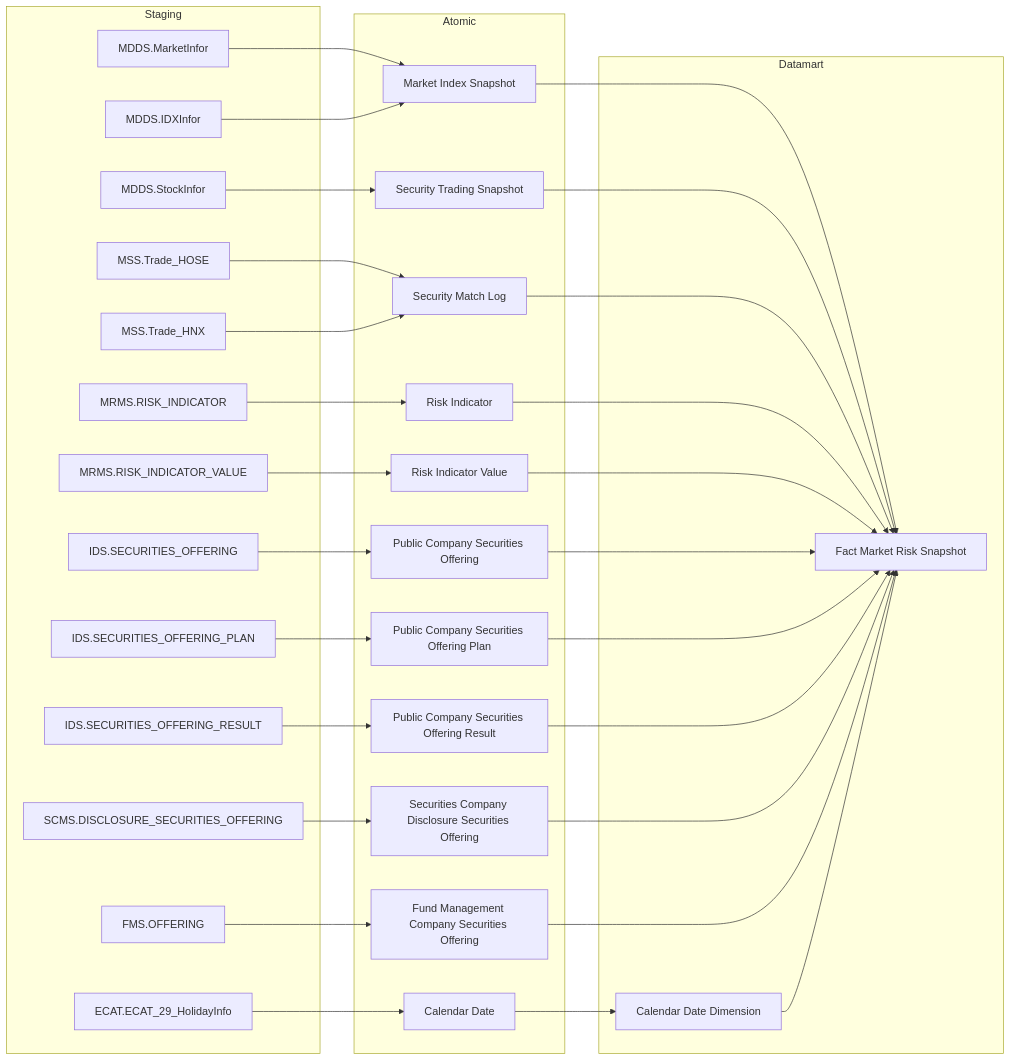
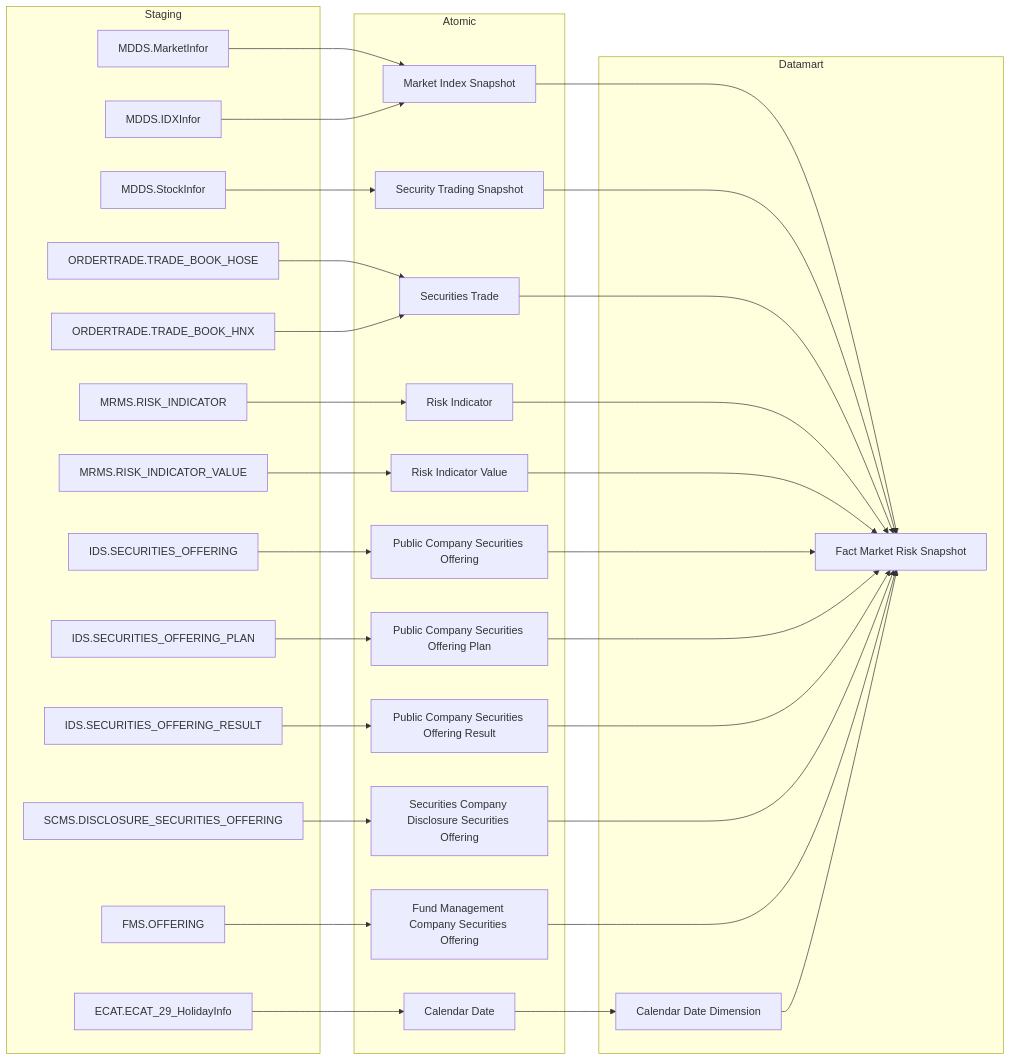
The first of 53 diagrams in Datamart/hld/DTM_PTTT_HLD.md (linhlvit/ubck_atomic_design), drawn with Mermaid before and after one commit. The commit also changed other lines of this file and 21 other files, not shown here.

````diff
--- a/Datamart/hld/DTM_PTTT_HLD.md
+++ b/Datamart/hld/DTM_PTTT_HLD.md
@@ -9,60 +9,60 @@
 ```mermaid
 flowchart LR
     subgraph SRC["Staging"]
         MDDS_MarketInfor["MDDS.MarketInfor"]
         MDDS_StockInfor["MDDS.StockInfor"]
         MDDS_IDXInfor["MDDS.IDXInfor"]
-        MSS_Trade_HOSE["MSS.Trade_HOSE"]
-        MSS_Trade_HNX["MSS.Trade_HNX"]
+        ORDERTRADE_TRADE_BOOK_HOSE["ORDERTRADE.TRADE_BOOK_HOSE"]
+        ORDERTRADE_TRADE_BOOK_HNX["ORDERTRADE.TRADE_BOOK_HNX"]
         MRMS_RISK_INDICATOR["MRMS.RISK_INDICATOR"]
         MRMS_RISK_INDICATOR_VALUE["MRMS.RISK_INDICATOR_VALUE"]
         IDS_SECURITIES_OFFERING["IDS.SECURITIES_OFFERING"]
         IDS_SECURITIES_OFFERING_PLAN["IDS.SECURITIES_OFFERING_PLAN"]
         IDS_SECURITIES_OFFERING_RESULT["IDS.SECURITIES_OFFERING_RESULT"]
         SCMS_DISCLOSURE_SECURITIES_OFFERING["SCMS.DISCLOSURE_SECURITIES_OFFERING"]
         FMS_OFFERING["FMS.OFFERING"]
         ECAT_ECAT_29_HolidayInfo["ECAT.ECAT_29_HolidayInfo"]
     end
     subgraph SIL["Atomic"]
         Market_Index_Snapshot["Market Index Snapshot"]
         Security_Trading_Snapshot["Security Trading Snapshot"]
-        Security_Match_Log["Security Match Log"]
+        Securities_Trade["Securities Trade"]
         Risk_Indicator["Risk Indicator"]
         Risk_Indicator_Value["Risk Indicator Value"]
         Public_Company_Securities_Offering["Public Company Securities Offering"]
         Public_Company_Securities_Offering_Plan["Public Company Securities Offering Plan"]
         Public_Company_Securities_Offering_Result["Public Company Securities Offering Result"]
         Securities_Company_Disclosure_Securities_Offering["Securities Company Disclosure Securities Offering"]
         Fund_Management_Company_Securities_Offering["Fund Management Company Securities Offering"]
         Calendar_Date["Calendar Date"]
     end
     subgraph GOLD["Datamart"]
         fct_market_risk_snpst["Fact Market Risk Snapshot"]
         cdr_dt_dim["Calendar Date Dimension"]
     end
     MDDS_MarketInfor --> Market_Index_Snapshot
     MDDS_IDXInfor --> Market_Index_Snapshot
     MDDS_StockInfor --> Security_Trading_Snapshot
-    MSS_Trade_HOSE --> Security_Match_Log
-    MSS_Trade_HNX --> Security_Match_Log
+    ORDERTRADE_TRADE_BOOK_HOSE --> Securities_Trade
+    ORDERTRADE_TRADE_BOOK_HNX --> Securities_Trade
     MRMS_RISK_INDICATOR --> Risk_Indicator
     MRMS_RISK_INDICATOR_VALUE --> Risk_Indicator_Value
     IDS_SECURITIES_OFFERING --> Public_Company_Securities_Offering
     IDS_SECURITIES_OFFERING_PLAN --> Public_Company_Securities_Offering_Plan
     IDS_SECURITIES_OFFERING_RESULT --> Public_Company_Securities_Offering_Result
     SCMS_DISCLOSURE_SECURITIES_OFFERING --> Securities_Company_Disclosure_Securities_Offering
     FMS_OFFERING --> Fund_Management_Company_Securities_Offering
     ECAT_ECAT_29_HolidayInfo --> Calendar_Date
     Market_Index_Snapshot --> fct_market_risk_snpst
     Security_Trading_Snapshot --> fct_market_risk_snpst
-    Security_Match_Log --> fct_market_risk_snpst
+    Securities_Trade --> fct_market_risk_snpst
     Risk_Indicator --> fct_market_risk_snpst
     Risk_Indicator_Value --> fct_market_risk_snpst
     Public_Company_Securities_Offering --> fct_market_risk_snpst
     Public_Company_Securities_Offering_Plan --> fct_market_risk_snpst
     Public_Company_Securities_Offering_Result --> fct_market_risk_snpst
     Securities_Company_Disclosure_Securities_Offering --> fct_market_risk_snpst
     Fund_Management_Company_Securities_Offering --> fct_market_risk_snpst
     Calendar_Date --> cdr_dt_dim
     cdr_dt_dim --> fct_market_risk_snpst
 ```
````
